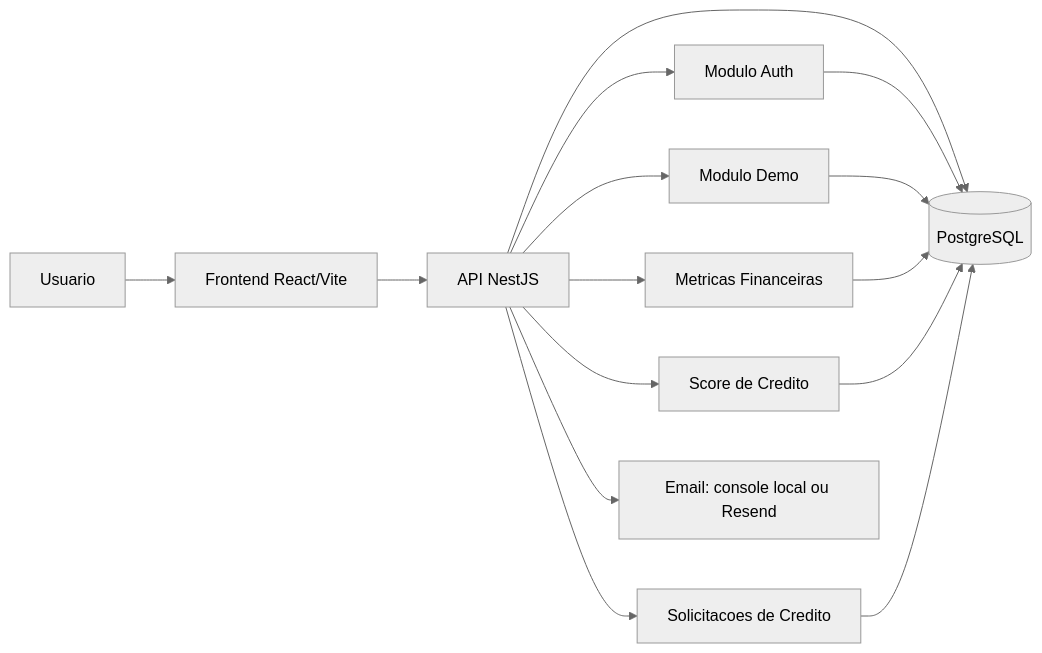
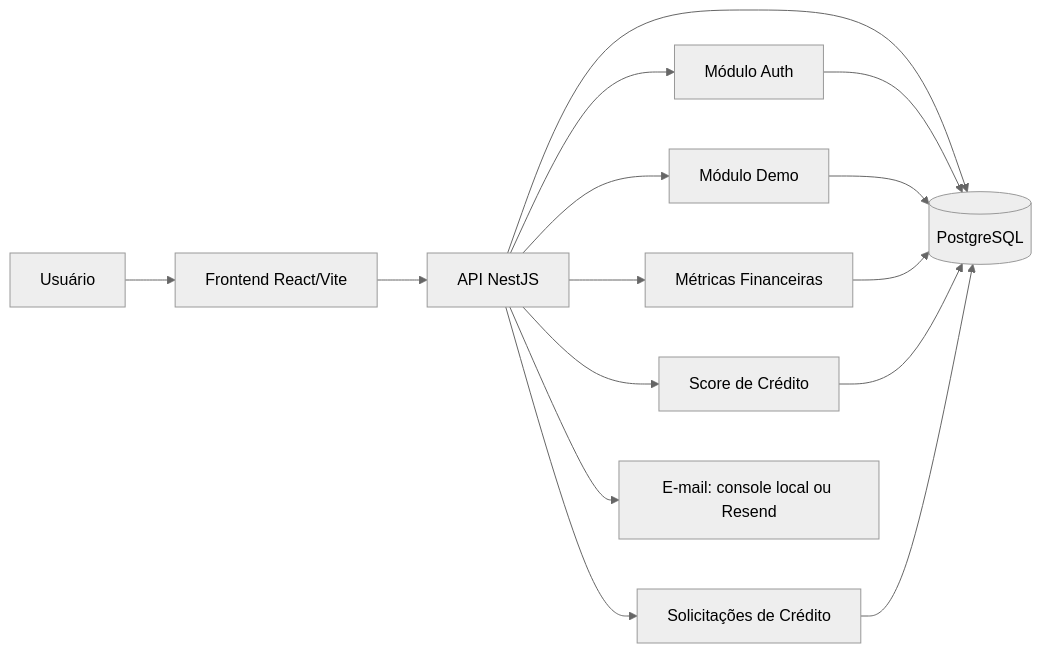
The diagram in docs/solution.md (danielharrison-l/fluxbank-fluxcred), drawn with Mermaid (neutral theme) before and after one commit. The commit also changed other lines of this file and 4 other files, not shown here.

````diff
--- a/docs/solution.md
+++ b/docs/solution.md
@@ -19,17 +19,17 @@
 ```mermaid
 flowchart LR
-  User[Usuario] --> Web[Frontend React/Vite]
+  User[Usuário] --> Web[Frontend React/Vite]
   Web --> API[API NestJS]
-  API --> Auth[Modulo Auth]
-  API --> Demo[Modulo Demo]
-  API --> Metrics[Metricas Financeiras]
-  API --> Score[Score de Credito]
-  API --> Requests[Solicitacoes de Credito]
+  API --> Auth[Módulo Auth]
+  API --> Demo[Módulo Demo]
+  API --> Metrics[Métricas Financeiras]
+  API --> Score[Score de Crédito]
+  API --> Requests[Solicitações de Crédito]
   API --> DB[(PostgreSQL)]
   Auth --> DB
   Demo --> DB
   Metrics --> DB
   Score --> DB
   Requests --> DB
-  API --> Mail[Email: console local ou Resend]
+  API --> Mail[E-mail: console local ou Resend]
 ```
````
